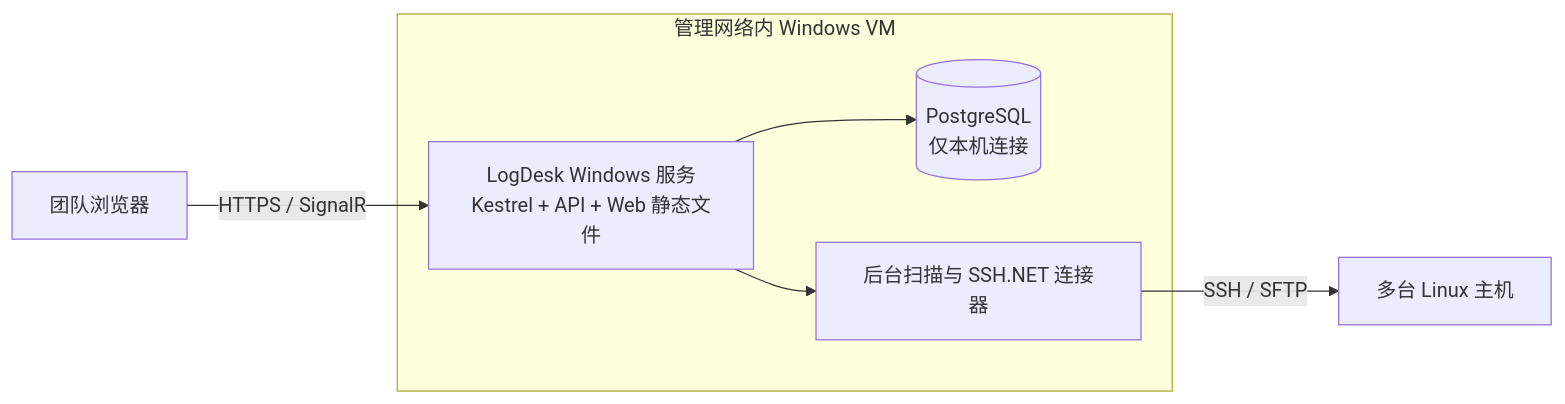
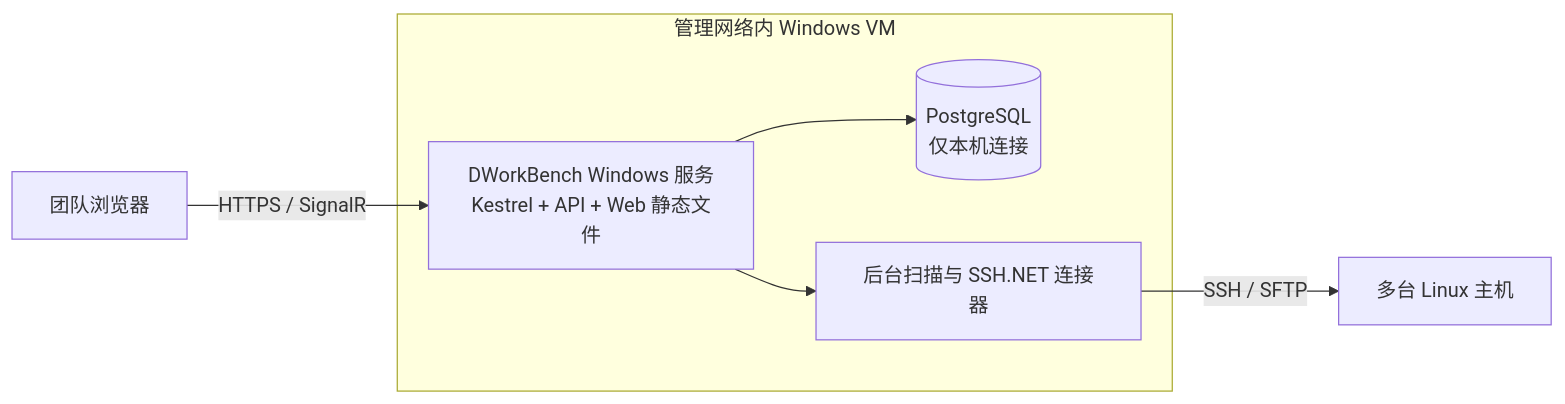
Before and after one commit to DGS-ai-team/DWorkBench: the diagram in docs/TECHNICAL_DESIGN.md, drawn with Mermaid. The commit also changed other lines of this file and 53 other files, not shown here.

Commit message:
refactor: rename product and projects to DWorkBench

````diff
--- a/docs/TECHNICAL_DESIGN.md
+++ b/docs/TECHNICAL_DESIGN.md
@@ -32,10 +32,10 @@
 ```mermaid
 flowchart LR
     B[团队浏览器] -->|HTTPS / SignalR| APP
     subgraph VM[管理网络内 Windows VM]
-        APP[LogDesk Windows 服务<br/>Kestrel + API + Web 静态文件]
+        APP[DWorkBench Windows 服务<br/>Kestrel + API + Web 静态文件]
         APP --> DB[(PostgreSQL<br/>仅本机连接)]
         APP --> SSH[后台扫描与 SSH.NET 连接器]
     end
     SSH -->|SSH / SFTP| L[多台 Linux 主机]
 ```
````
